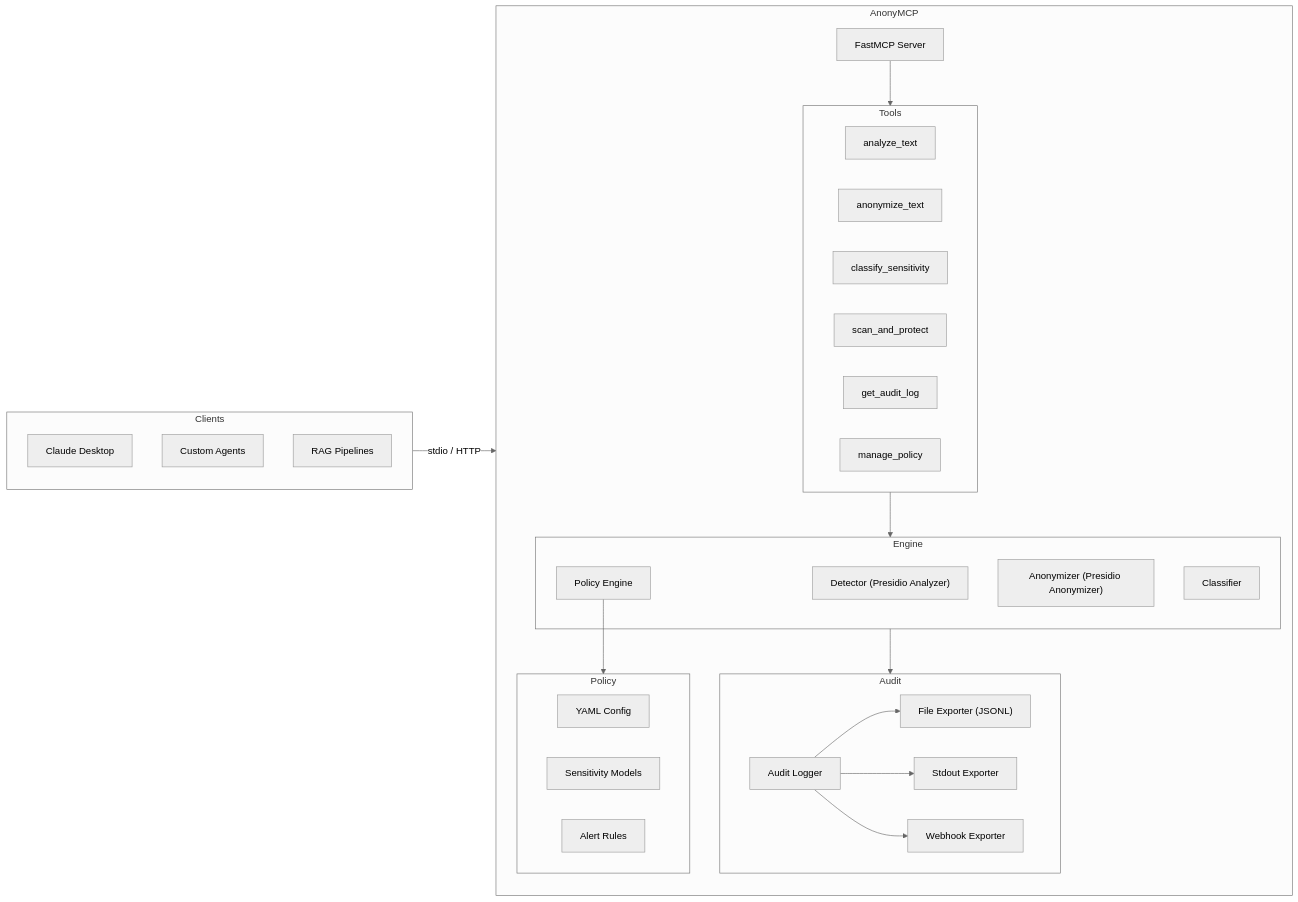
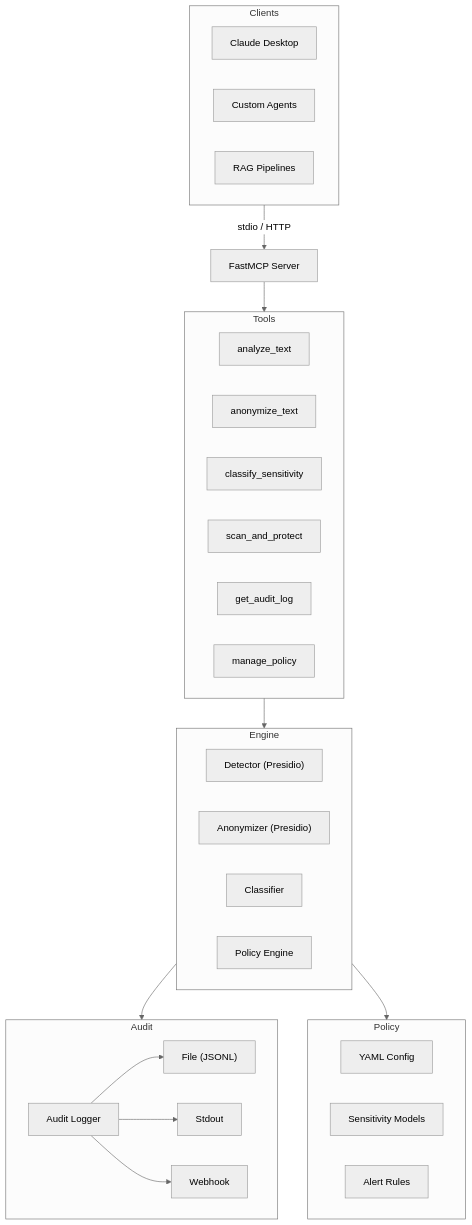
Before and after one commit to frankkyazze9/anonymcp: the diagram in README.md, drawn with Mermaid (neutral theme).

Commit message:
Switch architecture diagram to top-to-bottom flow
LR layout was unreadable on mobile and cramped on desktop.
TB flows naturally and renders well at any viewport width.

````diff
--- a/README.md
+++ b/README.md
@@ -48,51 +48,55 @@
 ```mermaid
-flowchart LR
+flowchart TB
     subgraph Clients
+        direction LR
         C1[Claude Desktop]
         C2[Custom Agents]
         C3[RAG Pipelines]
     end
 
-    subgraph AnonyMCP
-        direction TB
-        MCP[FastMCP Server]
+    Clients -->|stdio / HTTP| MCP[FastMCP Server]
 
-        subgraph Tools
-            T1[analyze_text]
-            T2[anonymize_text]
-            T3[classify_sensitivity]
-            T4[scan_and_protect]
-            T5[get_audit_log]
-            T6[manage_policy]
-        end
+    MCP --> Tools
 
-        subgraph Engine
-            DET["Detector (Presidio Analyzer)"]
-            ANON["Anonymizer (Presidio Anonymizer)"]
-            CLS[Classifier]
-            PE[Policy Engine]
-        end
-
-        subgraph Audit
-            AL[Audit Logger]
-            FE["File Exporter (JSONL)"]
-            SE[Stdout Exporter]
-            WE[Webhook Exporter]
-        end
-
-        subgraph Policy
-            YAML[YAML Config]
-            MODELS[Sensitivity Models]
-            ALERTS[Alert Rules]
-        end
+    subgraph Tools
+        direction LR
+        T1[analyze_text]
+        T2[anonymize_text]
+        T3[classify_sensitivity]
+        T4[scan_and_protect]
+        T5[get_audit_log]
+        T6[manage_policy]
     end
 
-    Clients -->|stdio / HTTP| MCP
-    MCP --> Tools
     Tools --> Engine
+
+    subgraph Engine
+        direction LR
+        DET["Detector (Presidio)"]
+        ANON["Anonymizer (Presidio)"]
+        CLS[Classifier]
+        PE[Policy Engine]
+    end
+
     Engine --> Audit
     PE --> Policy
+
+    subgraph Policy
+        direction LR
+        YAML[YAML Config]
+        MODELS[Sensitivity Models]
+        ALERTS[Alert Rules]
+    end
+
+    subgraph Audit
+        direction LR
+        AL[Audit Logger]
+        FE["File (JSONL)"]
+        SE[Stdout]
+        WE[Webhook]
+    end
+
     AL --> FE
     AL --> SE
     AL --> WE
 ```
````
